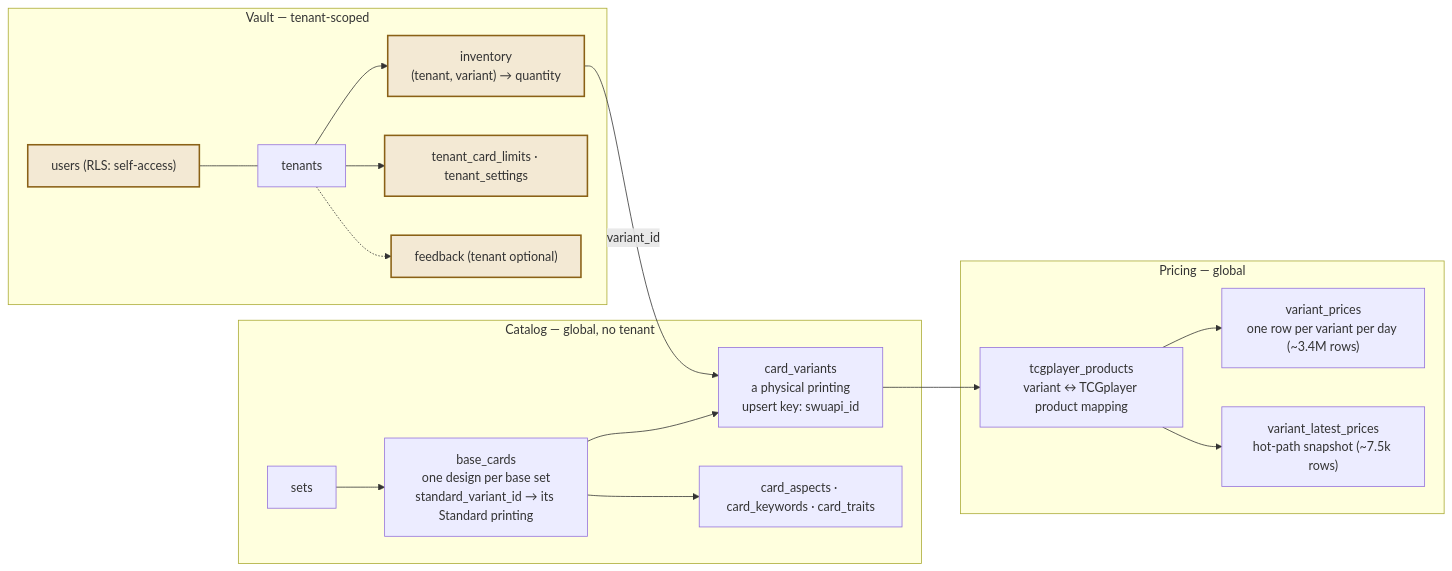
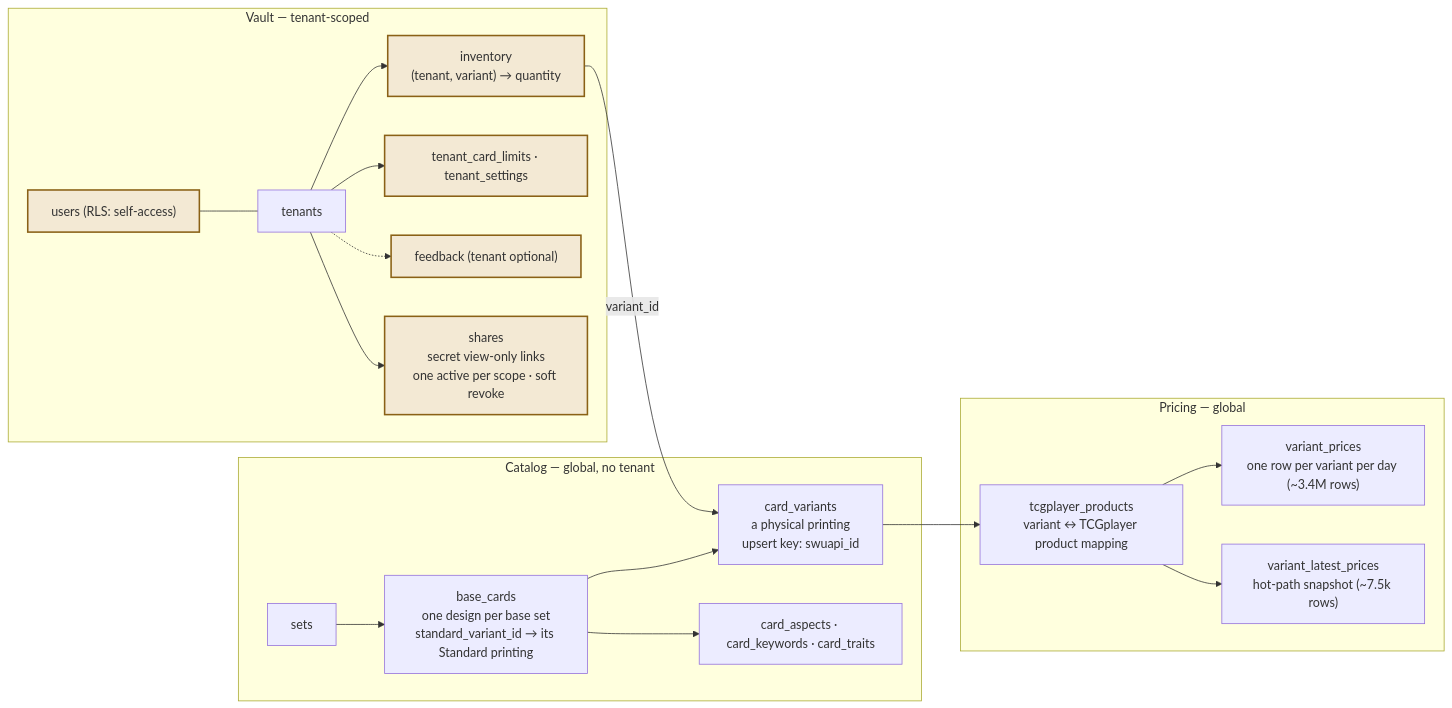
The third of 4 diagrams in specification_documents/architecture/Architecture_Logical.md (whitebreadisu/hyperspacevault), drawn with Mermaid before and after one commit. The commit also changed other lines of this file and 11 other files, not shown here.

First line of the commit message:
docs: BL-231 accuracy sweep — HISTORY through v1.4, README features, ADR index/0008, spec fixes, architecture regeneration (#156)

````diff
--- a/specification_documents/architecture/Architecture_Logical.md
+++ b/specification_documents/architecture/Architecture_Logical.md
@@ -100,37 +103,39 @@
 ```mermaid
 flowchart LR
   subgraph catalog["Catalog — global, no tenant"]
     sets["sets"]
     base_cards["base_cards<br/>one design per base set<br/>standard_variant_id → its Standard printing"]
     card_variants["card_variants<br/>a physical printing<br/>upsert key: swuapi_id"]
     attrs["card_aspects · card_keywords · card_traits"]
     sets --> base_cards --> card_variants
     base_cards --> attrs
   end
 
   subgraph pricing["Pricing — global"]
     products["tcgplayer_products<br/>variant ↔ TCGplayer product mapping"]
     prices["variant_prices<br/>one row per variant per day (~3.4M rows)"]
     latest["variant_latest_prices<br/>hot-path snapshot (~7.5k rows)"]
     card_variants --> products
     products --> prices
     products --> latest
   end
 
   subgraph vault["Vault — tenant-scoped"]
     tenants["tenants"]
     users["users (RLS: self-access)"]
     inventory["inventory<br/>(tenant, variant) → quantity"]
     limits["tenant_card_limits · tenant_settings"]
     feedback["feedback (tenant optional)"]
+    shares["shares<br/>secret view-only links<br/>one active per scope · soft revoke"]
     tenants --> inventory
     tenants --> limits
     users --- tenants
     tenants -.-> feedback
+    tenants --> shares
   end
 
   inventory -->|"variant_id"| card_variants
 
   classDef rls fill:#F3E9D4,stroke:#8A6116,stroke-width:2px;
-  class users,inventory,limits,feedback rls;
+  class users,inventory,limits,feedback,shares rls;
 ```
````
